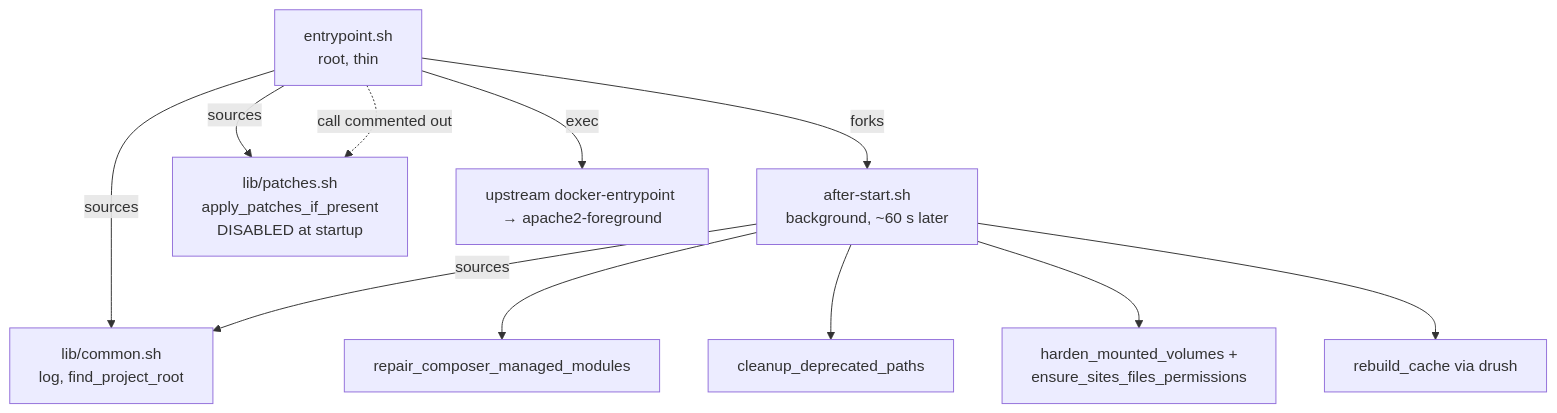
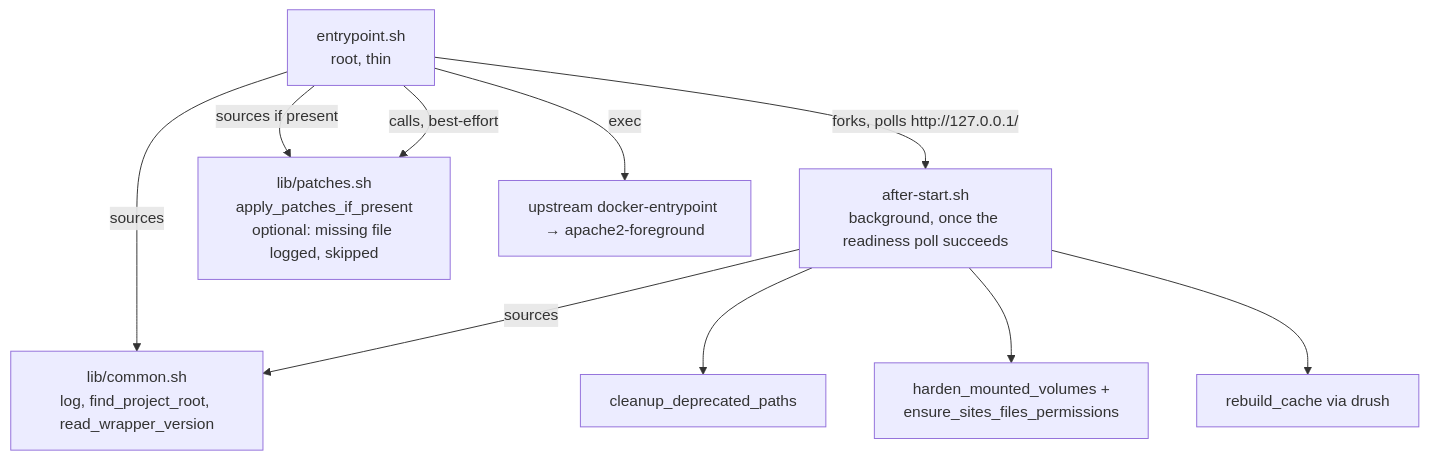
The fourth of 9 diagrams in docs/architectural-plan.md (scbd/drupal-docker-wrapper), drawn with Mermaid before and after one commit. The commit also changed other lines of this file and 11 other files, not shown here.

````diff
--- a/docs/architectural-plan.md
+++ b/docs/architectural-plan.md
@@ -214,18 +210,17 @@
 ```mermaid
 flowchart TB
   ep[entrypoint.sh\nroot, thin]
-  asf[after-start.sh\nbackground, ~60 s later]
-  common[lib/common.sh\nlog, find_project_root]
-  patches[lib/patches.sh\napply_patches_if_present\nDISABLED at startup]
+  asf[after-start.sh\nbackground, once the readiness poll succeeds]
+  common[lib/common.sh\nlog, find_project_root, read_wrapper_version]
+  patches[lib/patches.sh\napply_patches_if_present\noptional: missing file logged, skipped]
 
+  ep -->|sources if present| patches
+  ep -->|calls, best-effort| patches
   ep -->|sources| common
-  ep -->|sources| patches
-  ep -.->|call commented out| patches
-  ep -->|forks| asf
+  ep -->|forks, polls http://127.0.0.1/| asf
   ep -->|exec| upstream[upstream docker-entrypoint → apache2-foreground]
   asf -->|sources| common
-  asf --> repair[repair_composer_managed_modules]
   asf --> cleanup[cleanup_deprecated_paths]
   asf --> harden[harden_mounted_volumes +\nensure_sites_files_permissions]
   asf --> cache[rebuild_cache via drush]
 ```
````
